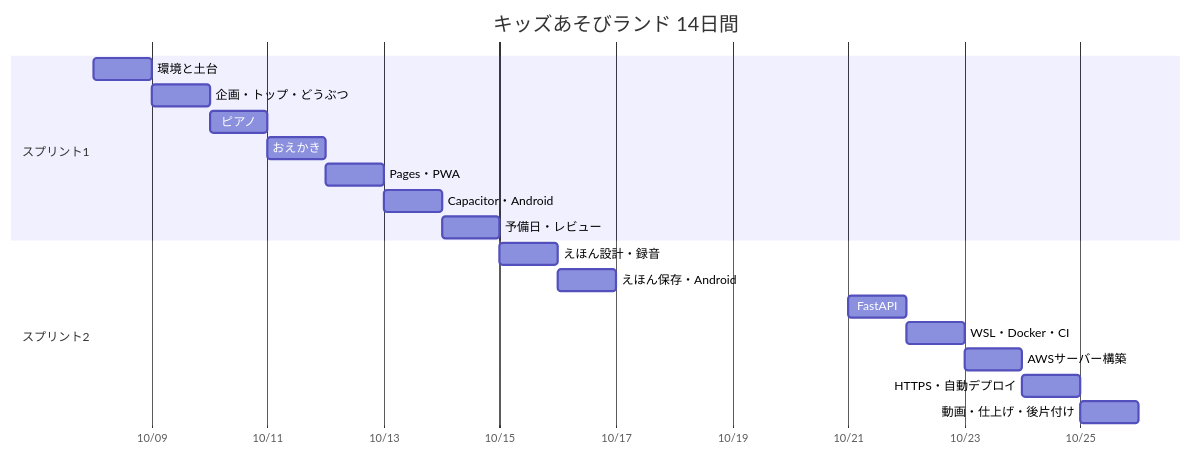
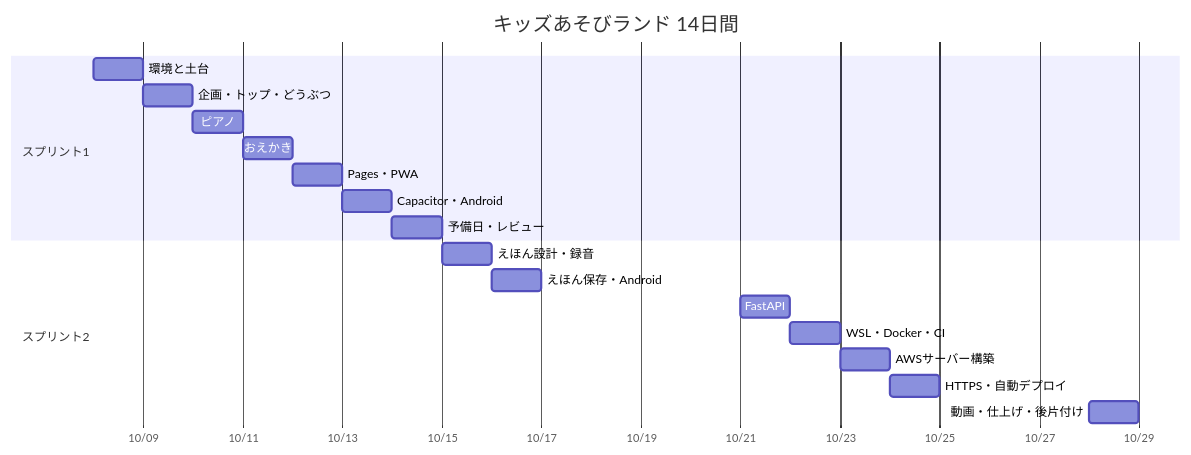
The diagram in docs/plan.md (Hayato-F110/kids-play), drawn with Mermaid before and after one commit. The commit also changed other lines of this file, not shown here.

````diff
--- a/docs/plan.md
+++ b/docs/plan.md
@@ -17,22 +18,22 @@
 ```mermaid
 gantt
     title キッズあそびランド 14日間
     dateFormat YYYY-MM-DD
     axisFormat %m/%d
     section スプリント1
     環境と土台            :d1, 2026-10-08, 1d
     企画・トップ・どうぶつ  :d2, after d1, 1d
     ピアノ                :d3, after d2, 1d
     おえかき              :d4, after d3, 1d
     Pages・PWA            :d5, after d4, 1d
     Capacitor・Android    :d6, after d5, 1d
     予備日・レビュー       :d7, after d6, 1d
     section スプリント2
     えほん設計・録音       :d8, after d7, 1d
     えほん保存・Android    :d9, after d8, 1d
     FastAPI               :d10, 2026-10-21, 1d
     WSL・Docker・CI       :d11, after d10, 1d
     AWSサーバー構築        :d12, after d11, 1d
     HTTPS・自動デプロイ    :d13, after d12, 1d
-    動画・仕上げ・後片付け  :d14, after d13, 1d
+    動画・仕上げ・後片付け  :d14, 2026-10-28, 1d
 ```
````
